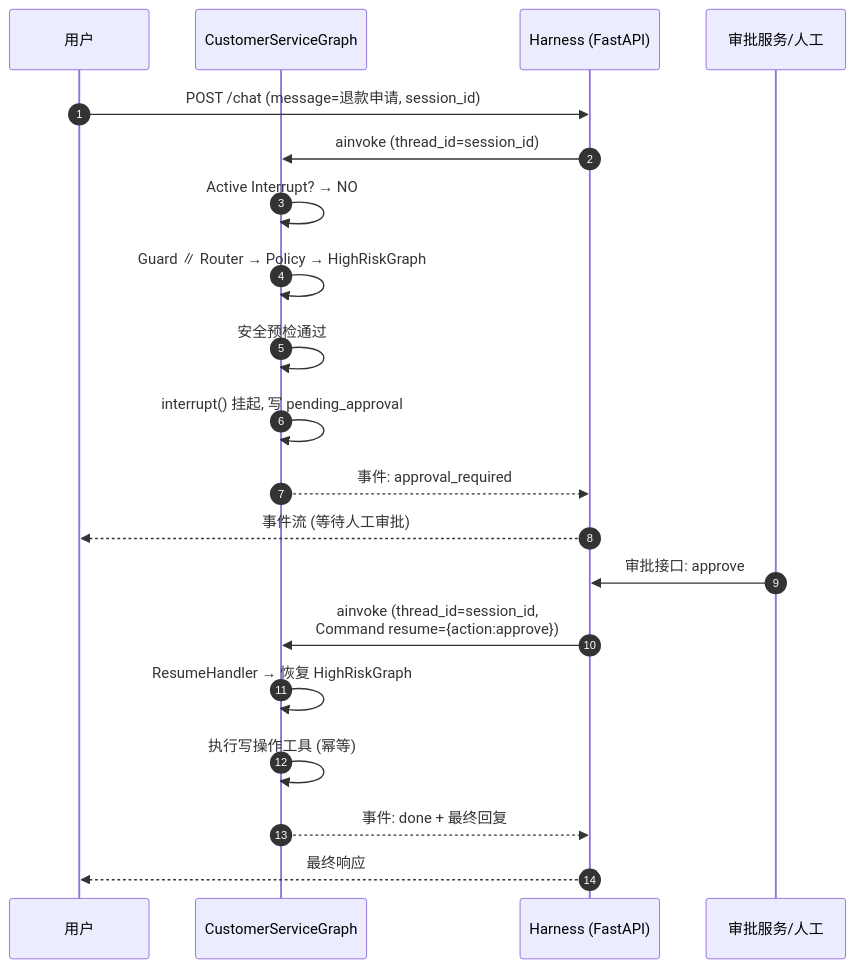
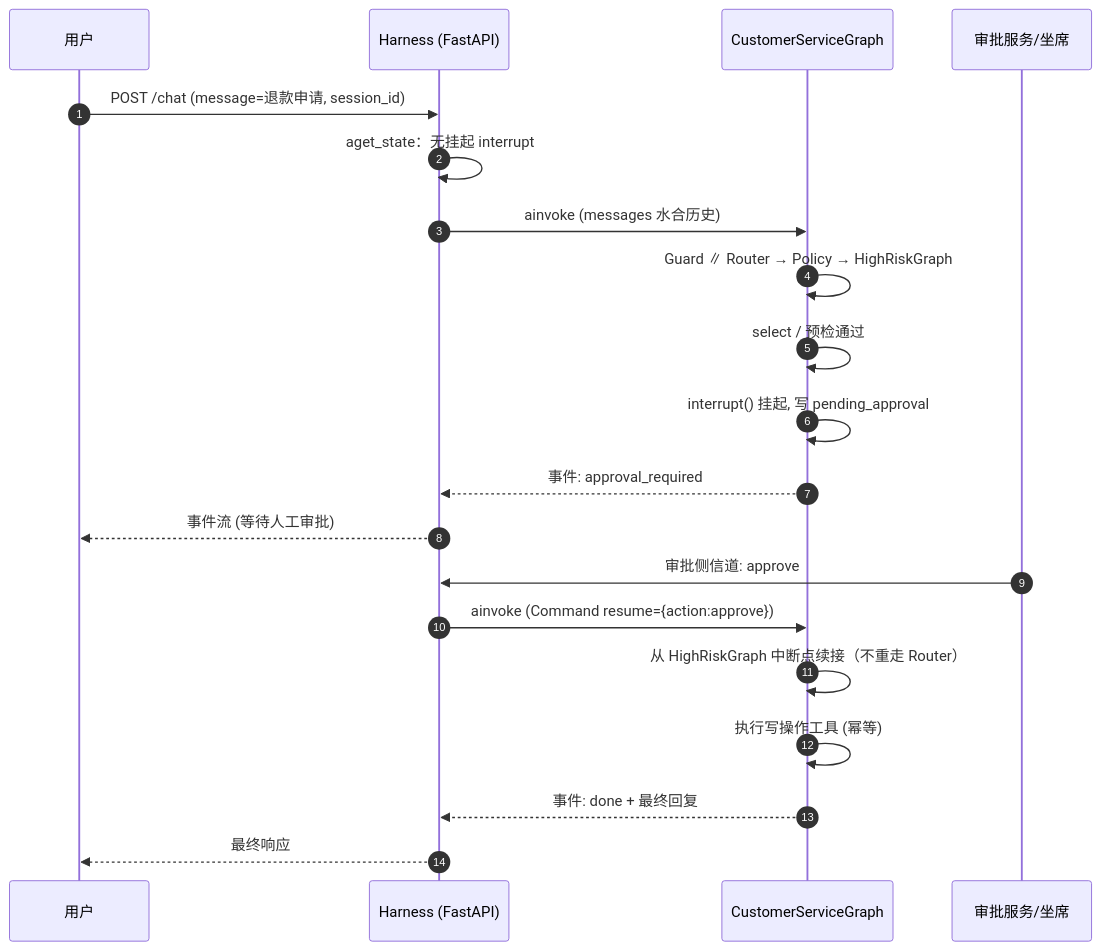
One commit to wlyqiqi/ai-service-agent changed the first of 3 diagrams in AI Service Agent/docs/diagrams/interrupt-resume-sequence.md. Above: the diagram before and after it, drawn with Mermaid. The commit also changed other lines of this file and 12 other files, not shown here.

First line of the commit message:
docs: align Router specs and diagrams with route_intent-only contract

````diff
--- a/AI Service Agent/docs/diagrams/interrupt-resume-sequence.md
+++ b/AI Service Agent/docs/diagrams/interrupt-resume-sequence.md
@@ -7,24 +7,24 @@
 ```mermaid
 sequenceDiagram
     autonumber
     participant U as 用户
+    participant H as Harness (FastAPI)
     participant G as CustomerServiceGraph
-    participant H as Harness (FastAPI)
-    participant A as 审批服务/人工
+    participant A as 审批服务/坐席
 
     U->>H: POST /chat (message=退款申请, session_id)
-    H->>G: ainvoke (thread_id=session_id)
-    G->>G: Active Interrupt? → NO
+    H->>H: aget_state：无挂起 interrupt
+    H->>G: ainvoke (messages 水合历史)
     G->>G: Guard ∥ Router → Policy → HighRiskGraph
-    G->>G: 安全预检通过
+    G->>G: select / 预检通过
     G->>G: interrupt() 挂起, 写 pending_approval
     G-->>H: 事件: approval_required
     H-->>U: 事件流 (等待人工审批)
 
-    A->>H: 审批接口: approve
-    H->>G: ainvoke (thread_id=session_id,<br/>Command resume={action:approve})
-    G->>G: ResumeHandler → 恢复 HighRiskGraph
+    A->>H: 审批侧信道: approve
+    H->>G: ainvoke (Command resume={action:approve})
+    G->>G: 从 HighRiskGraph 中断点续接（不重走 Router）
     G->>G: 执行写操作工具 (幂等)
     G-->>H: 事件: done + 最终回复
     H-->>U: 最终响应
 ```
````
